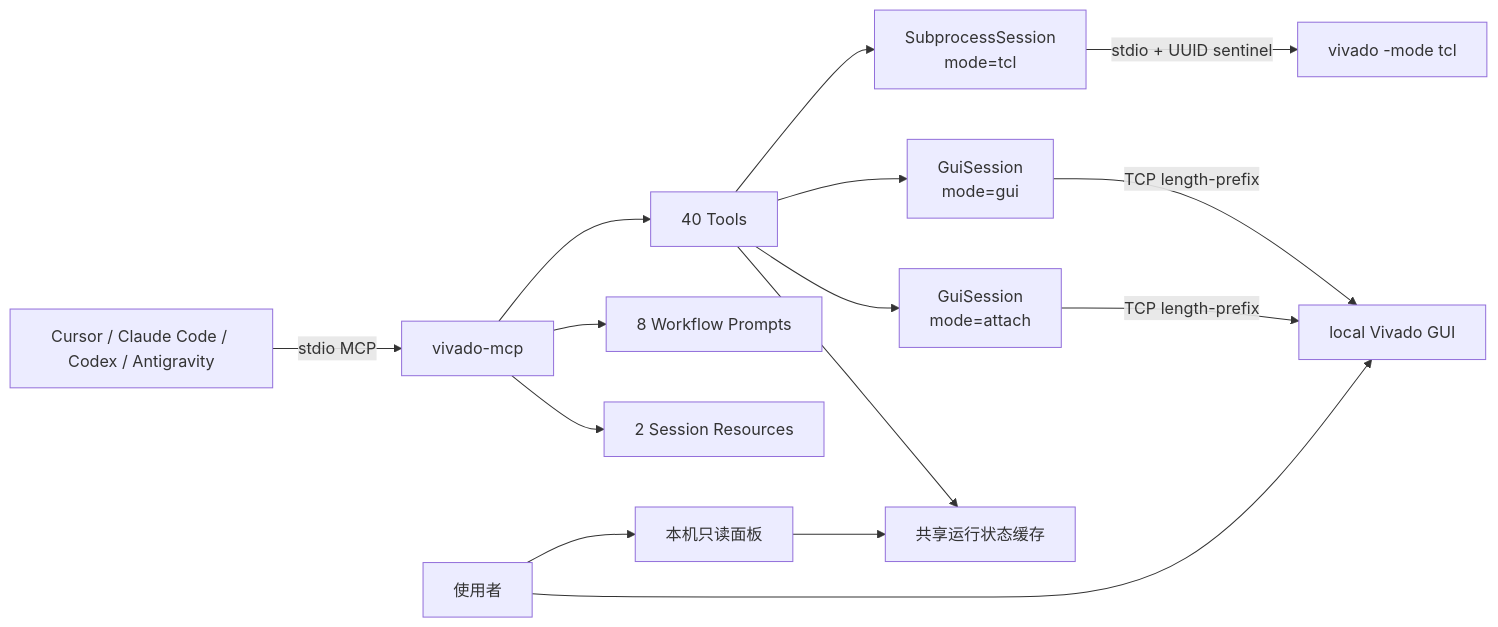
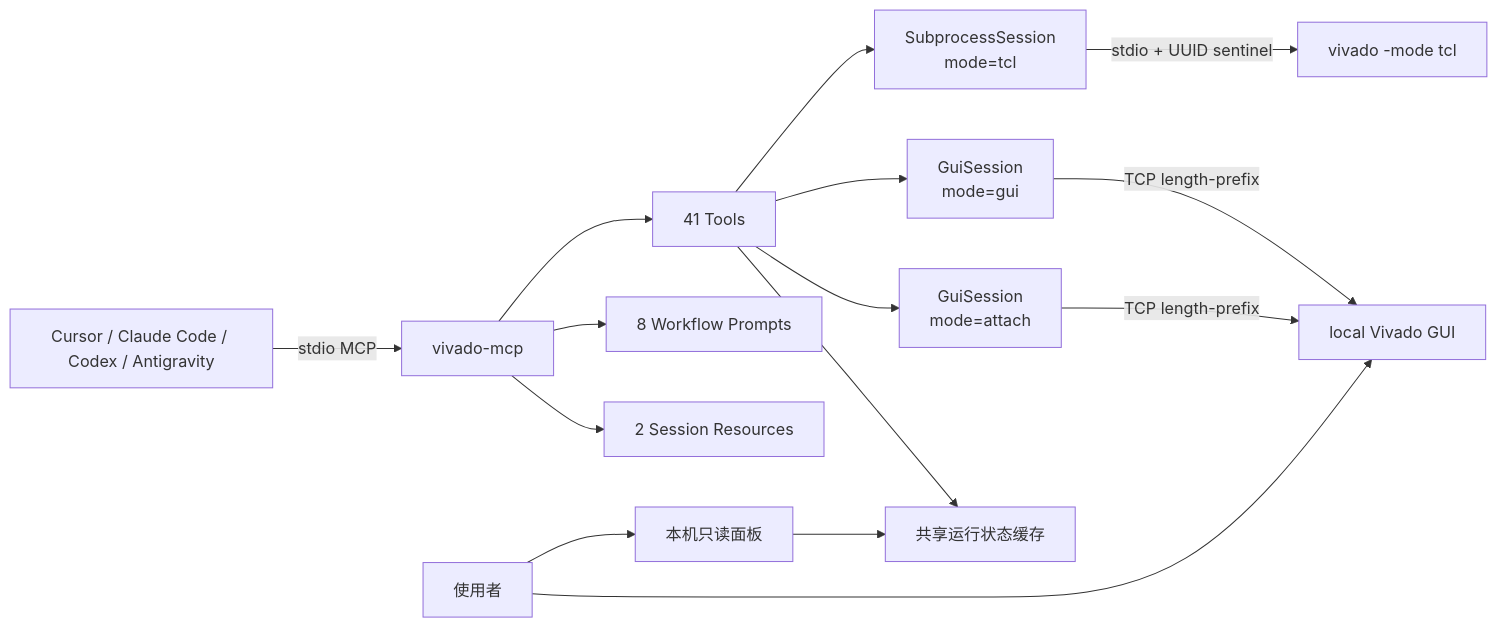
The diagram in README.md (otter-fpga-lab/otter-vivado), drawn with Mermaid before and after one commit. The commit also changed other lines of this file and 17 other files, not shown here.

````diff
--- a/README.md
+++ b/README.md
@@ -547,17 +548,17 @@
 ```mermaid
 flowchart LR
     Agent["Cursor / Claude Code / Codex / Antigravity"] -->|"stdio MCP"| MCP["vivado-mcp"]
-    MCP --> Tools["40 Tools"]
+    MCP --> Tools["41 Tools"]
     MCP --> Prompts["8 Workflow Prompts"]
     MCP --> Resources["2 Session Resources"]
     Tools --> Tcl["SubprocessSession\nmode=tcl"]
     Tools --> Gui["GuiSession\nmode=gui"]
     Tools --> Attach["GuiSession\nmode=attach"]
     Tcl -->|"stdio + UUID sentinel"| VivadoTcl["vivado -mode tcl"]
     Gui -->|"TCP length-prefix"| VivadoGui["local Vivado GUI"]
     Attach -->|"TCP length-prefix"| VivadoGui
     Tools --> Monitor["共享运行状态缓存"]
     Human["使用者"] --> VivadoGui
     Human --> View["本机只读面板"]
     View --> Monitor
 ```
````
